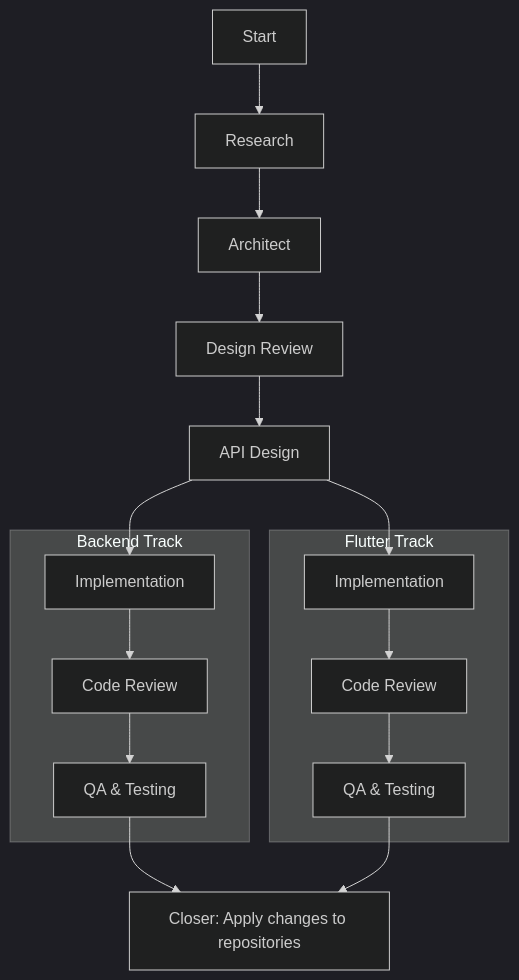
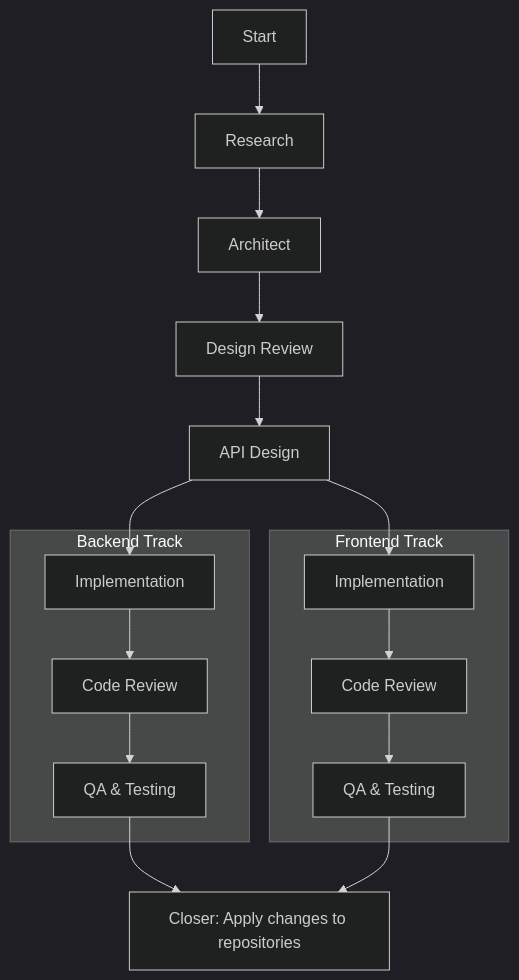
The diagram in README.md (atmohamedamer/agents), drawn with Mermaid (dark theme) before and after one commit.

````diff
--- a/README.md
+++ b/README.md
@@ -9,30 +9,30 @@
 ```mermaid
 graph TD
   %% Agentic SDLC — high-level flow
 
   A[Start] --> B[Research]
   B --> C[Architect]
   C --> D[Design Review]
   D --> E[API Design]
 
   %% Parallel tracks after API Design
   E --> G1
   E --> G2
 
   subgraph Backend Track
     G1[Implementation]
     H1[Code Review]
     I1[QA & Testing]
     G1 --> H1 --> I1
   end
 
-  subgraph Flutter Track
+  subgraph Frontend Track
     G2[Implementation]
     H2[Code Review]
     I2[QA & Testing]
     G2 --> H2 --> I2
   end
 
   I1 --> J[Closer: Apply changes to repositories]
   I2 --> J
 ```
````
